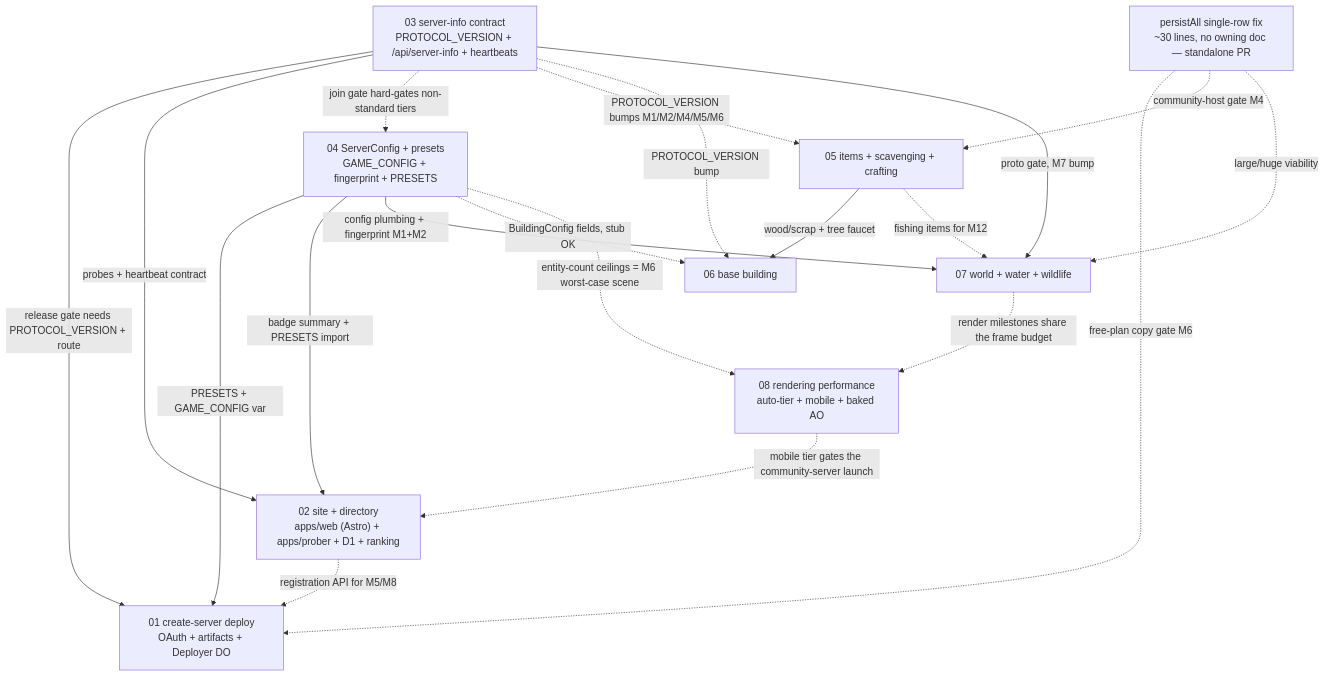
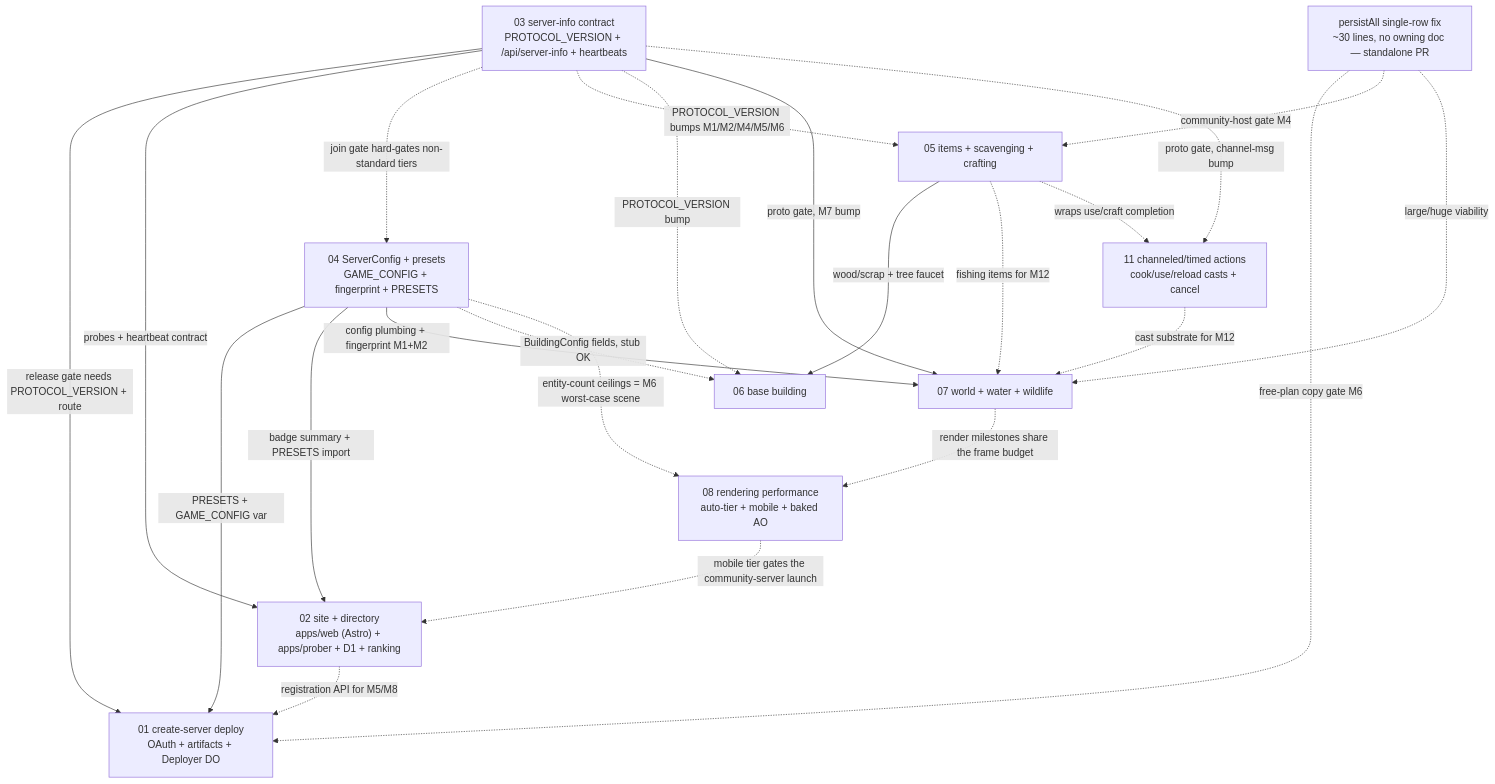
Before and after one commit to overra/worldspring: the diagram in docs/plans/README.md, drawn with Mermaid. The commit also changed other lines of this file and 1 other file, not shown here.

Commit message:
docs: add doc 11 — channeled / timed actions (cook/use/reload)
Plan for making cook/use/craft/reload non-instant: a server-authoritative
ActiveAction on ServerPlayer (durationS, ticked in game-time, cancel on
move/damage/slot-swap/leave-fire), an additive you.action snapshot field + a HUD
cast bar, server-driven cancel (no new ClientMsg). Turns the cook-vs-raw invisible
binary into a visible interruptible cast, scopes reload + a magazine model, and
defers crafting times (doc 05) and the fishing cast (doc 07) to their owners. One
PROTOCOL_VERSION bump. + README index/canonical-vocab/dependency-graph entries.

````diff
--- a/docs/plans/README.md
+++ b/docs/plans/README.md
@@ -64,32 +66,36 @@
 ```mermaid
 graph TD
     P["persistAll single-row fix<br/>~30 lines, no owning doc — standalone PR"]
     D03["03 server-info contract<br/>PROTOCOL_VERSION + /api/server-info + heartbeats"]
     D04["04 ServerConfig + presets<br/>GAME_CONFIG + fingerprint + PRESETS"]
     D01["01 create-server deploy<br/>OAuth + artifacts + Deployer DO"]
     D02["02 site + directory<br/>apps/web (Astro) + apps/prober + D1 + ranking"]
     D05["05 items + scavenging + crafting"]
     D06["06 base building"]
     D07["07 world + water + wildlife"]
     D08["08 rendering performance<br/>auto-tier + mobile + baked AO"]
+    D11["11 channeled/timed actions<br/>cook/use/reload casts + cancel"]
 
     D03 -->|release gate needs PROTOCOL_VERSION + route| D01
     D03 -->|probes + heartbeat contract| D02
     D04 -->|PRESETS + GAME_CONFIG var| D01
     D04 -->|badge summary + PRESETS import| D02
     D03 -.->|join gate hard-gates non-standard tiers| D04
     D03 -.->|PROTOCOL_VERSION bumps M1/M2/M4/M5/M6| D05
     D03 -.->|PROTOCOL_VERSION bump| D06
     D03 -->|proto gate, M7 bump| D07
     D04 -->|config plumbing + fingerprint M1+M2| D07
     D04 -.->|BuildingConfig fields, stub OK| D06
     D05 -->|wood/scrap + tree faucet| D06
     D05 -.->|fishing items for M12| D07
+    D03 -.->|proto gate, channel-msg bump| D11
+    D05 -.->|wraps use/craft completion| D11
+    D11 -.->|cast substrate for M12| D07
     D02 -.->|registration API for M5/M8| D01
     P -.->|free-plan copy gate M6| D01
     P -.->|community-host gate M4| D05
     P -.->|large/huge viability| D07
     D04 -.->|entity-count ceilings = M6 worst-case scene| D08
     D07 -.->|render milestones share the frame budget| D08
     D08 -.->|mobile tier gates the community-server launch| D02
 ```
````
